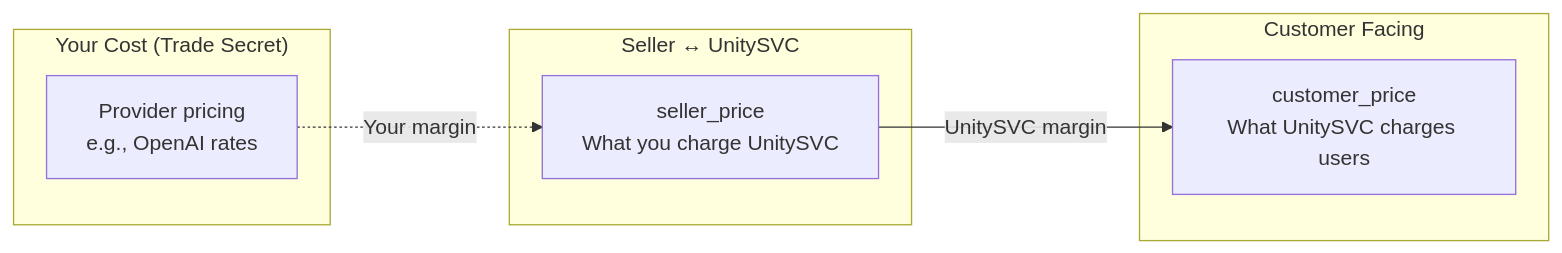
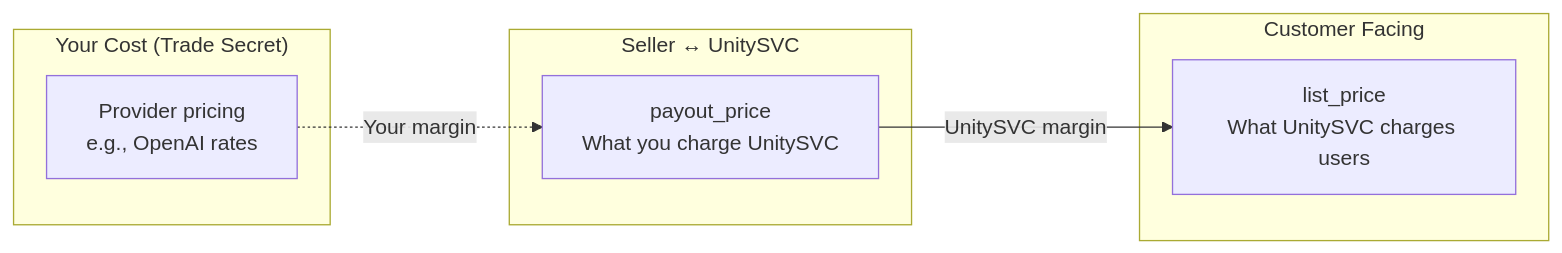
One commit to unitysvc/unitysvc-services changed the second of 4 diagrams in docs/seller-lifecycle.md. Above: the diagram before and after it, drawn with Mermaid. The commit also changed other lines of this file and 16 other files, not shown here.

Commit message:
rename seller price to payout price , customer price to list price

````diff
--- a/docs/seller-lifecycle.md
+++ b/docs/seller-lifecycle.md
@@ -59,17 +59,17 @@
 ```mermaid
 flowchart LR
     subgraph YourCost["Your Cost (Trade Secret)"]
         A[Provider pricing<br/>e.g., OpenAI rates]
     end
 
     subgraph Agreement["Seller ↔ UnitySVC"]
-        B[seller_price<br/>What you charge UnitySVC]
+        B[payout_price<br/>What you charge UnitySVC]
     end
 
     subgraph Customer["Customer Facing"]
-        C[customer_price<br/>What UnitySVC charges users]
+        C[list_price<br/>What UnitySVC charges users]
     end
 
     A -.->|Your margin| B
     B -->|UnitySVC margin| C
 ```
````
